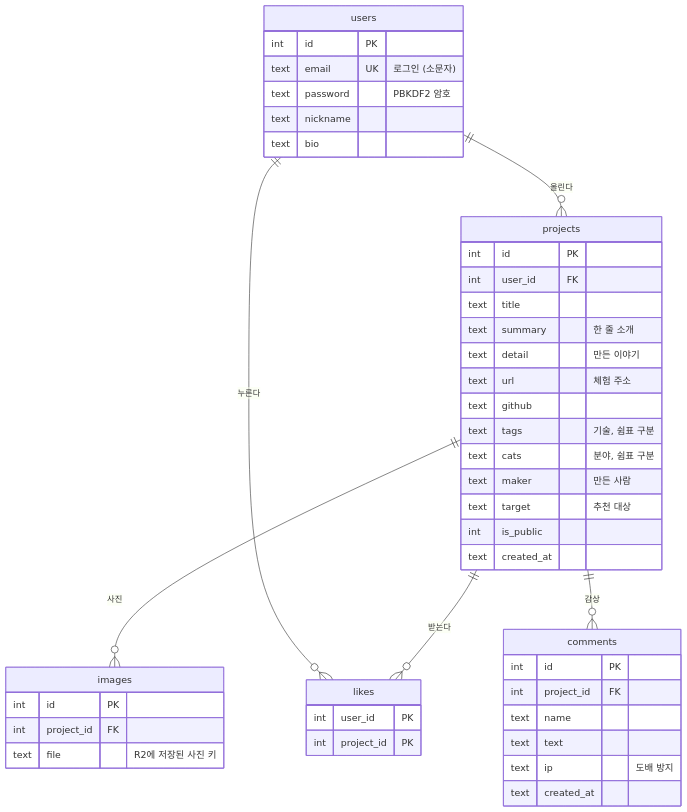
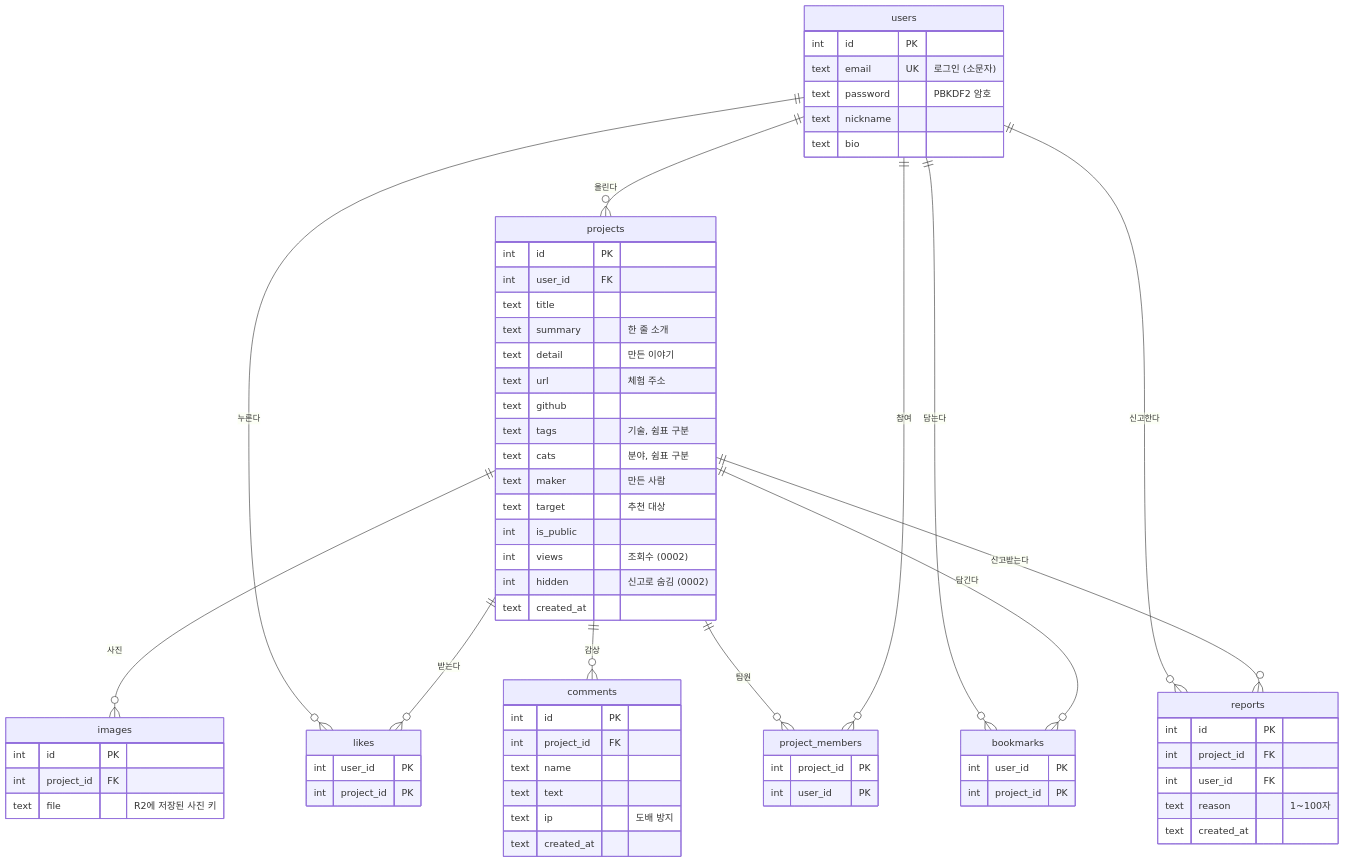
Before and after one commit to 10x4hs/p-art: the seventh of 8 diagrams in docs/WORKFLOW.md, drawn with Mermaid. The commit also changed other lines of this file and 5 other files, not shown here.

````diff
--- a/docs/WORKFLOW.md
+++ b/docs/WORKFLOW.md
@@ -180,48 +180,71 @@
 ```mermaid
 erDiagram
   users ||--o{ projects : "올린다"
   users ||--o{ likes : "누른다"
   projects ||--o{ images : "사진"
   projects ||--o{ likes : "받는다"
   projects ||--o{ comments : "감상"
+  projects ||--o{ project_members : "팀원"
+  users ||--o{ project_members : "참여"
+  users ||--o{ bookmarks : "담는다"
+  projects ||--o{ bookmarks : "담긴다"
+  users ||--o{ reports : "신고한다"
+  projects ||--o{ reports : "신고받는다"
 
   users {
     int id PK
     text email UK "로그인 (소문자)"
     text password "PBKDF2 암호"
     text nickname
     text bio
   }
   projects {
     int id PK
     int user_id FK
     text title
     text summary "한 줄 소개"
     text detail "만든 이야기"
     text url "체험 주소"
     text github
     text tags "기술, 쉼표 구분"
     text cats "분야, 쉼표 구분"
     text maker "만든 사람"
     text target "추천 대상"
     int is_public
+    int views "조회수 (0002)"
+    int hidden "신고로 숨김 (0002)"
     text created_at
   }
   images {
     int id PK
     int project_id FK
     text file "R2에 저장된 사진 키"
   }
   likes {
     int user_id PK
     int project_id PK
   }
   comments {
     int id PK
     int project_id FK
     text name
     text text
     text ip "도배 방지"
     text created_at
   }
+  project_members {
+    int project_id PK
+    int user_id PK
+  }
+  bookmarks {
+    int user_id PK
+    int project_id PK
+  }
+  reports {
+    int id PK
+    int project_id FK
+    int user_id FK
+    text reason "1~100자"
+    text created_at
+  }
 ```
````
